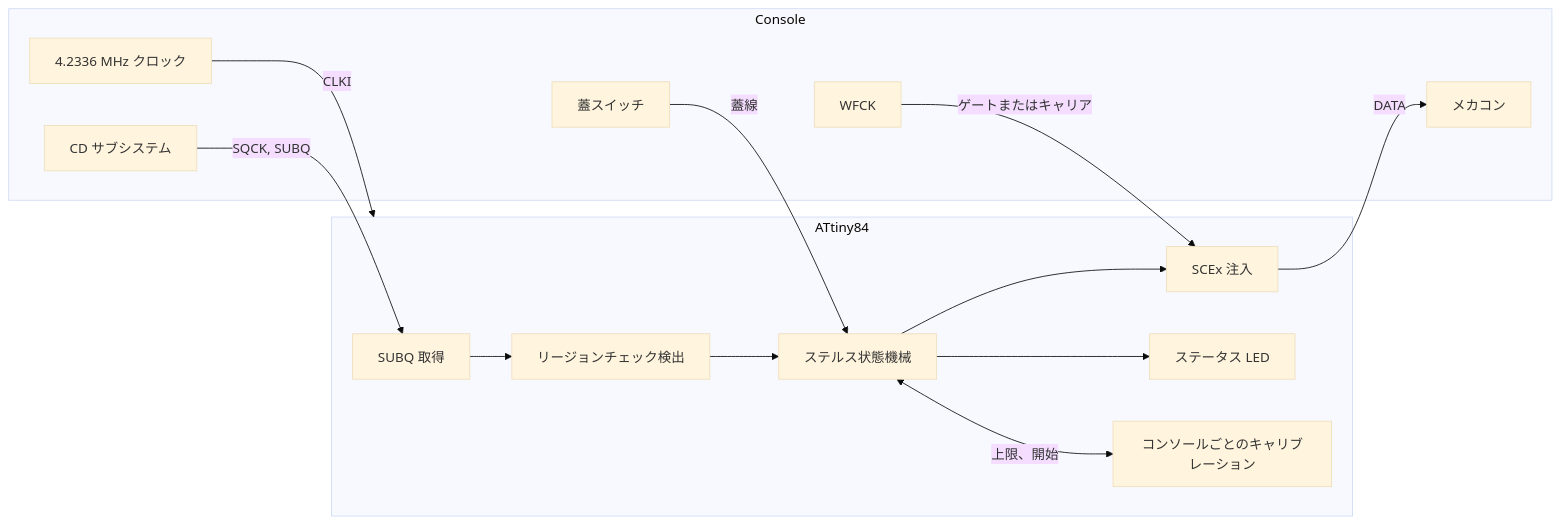
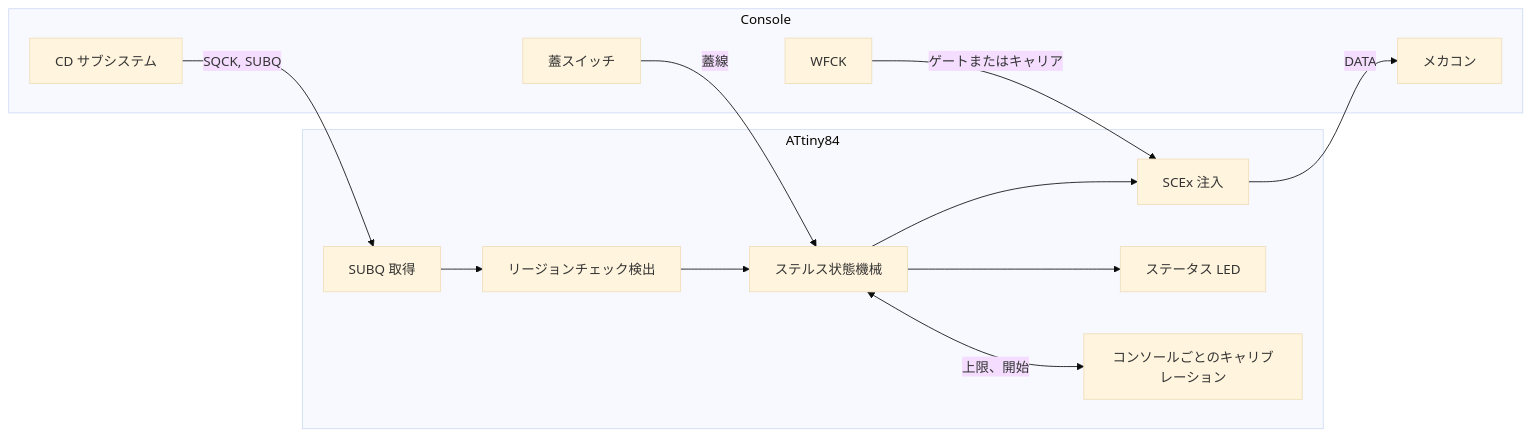
The diagram in README.ja.md (gufranco/openscex-modchip), drawn with Mermaid (base theme) before and after one commit. The commit also changed other lines of this file and 6 other files, not shown here.

````diff
--- a/README.ja.md
+++ b/README.ja.md
@@ -46,26 +46,24 @@
 ```mermaid
 graph LR
     subgraph Console
         CD[CD サブシステム]
-        CLK[4.2336 MHz クロック]
         LID[蓋スイッチ]
         WF[WFCK]
         MECH[メカコン]
     end
     subgraph ATtiny84
         CAP[SUBQ 取得]
         DET[リージョンチェック検出]
         ST[ステルス状態機械]
         INJ[SCEx 注入]
         LED[ステータス LED]
         CAL[コンソールごとのキャリブレーション]
     end
     CD -->|SQCK, SUBQ| CAP
     CAP --> DET --> ST --> INJ
     ST --> LED
     ST <-->|上限、開始| CAL
     LID -->|蓋線| ST
     WF -->|ゲートまたはキャリア| INJ
-    CLK -->|CLKI| ATtiny84
     INJ -->|DATA| MECH
 ```
````
